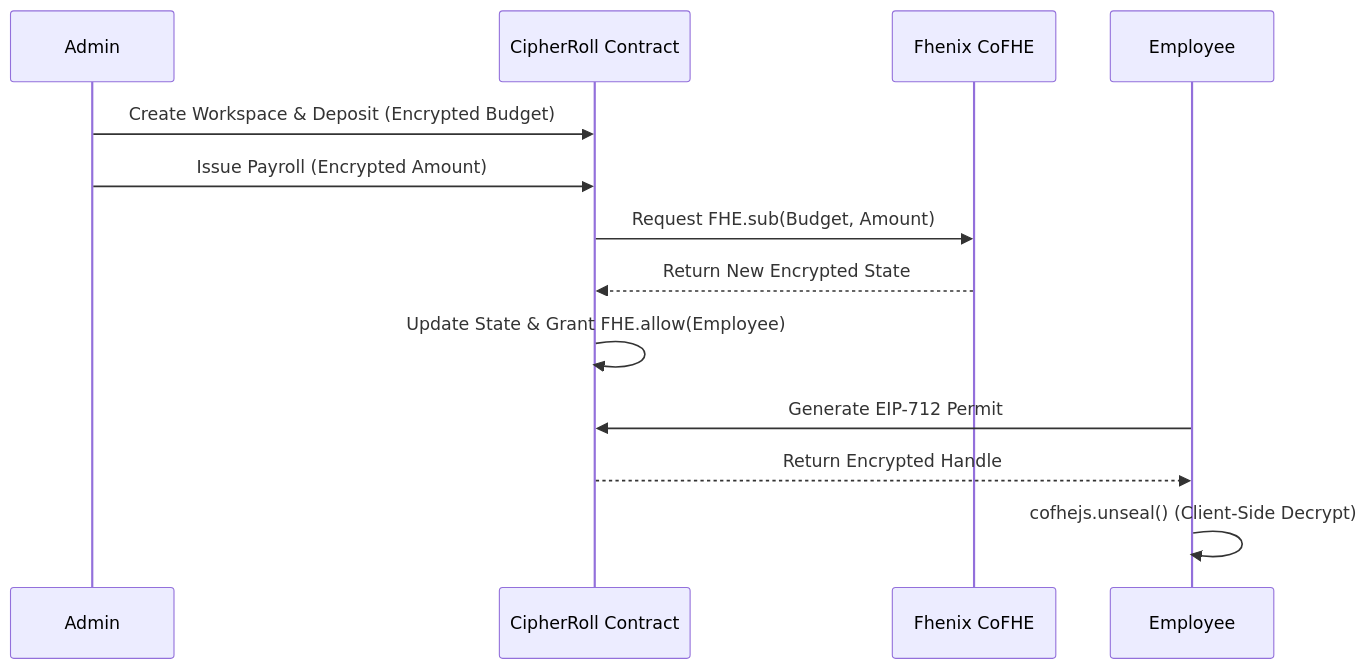
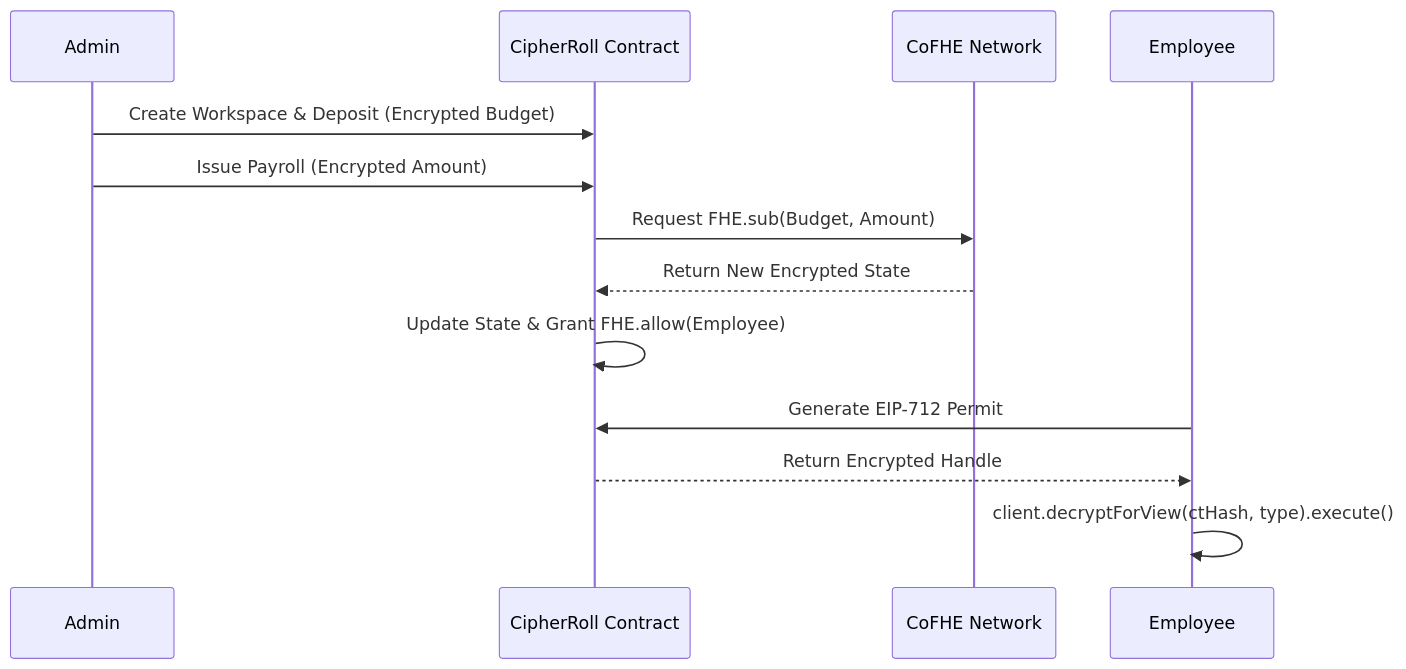
Before and after one commit to PhanTom497/CipherRoll: the diagram in README.md, drawn with Mermaid. The commit also changed other lines of this file and 42 other files, not shown here.

````diff
--- a/README.md
+++ b/README.md
@@ -30,16 +31,16 @@
 ```mermaid
 sequenceDiagram
     participant Admin
     participant CipherRoll Contract
-    participant Fhenix CoFHE
+    participant CoFHE Network
     participant Employee
     
     Admin->>CipherRoll Contract: Create Workspace & Deposit (Encrypted Budget)
     Admin->>CipherRoll Contract: Issue Payroll (Encrypted Amount)
-    CipherRoll Contract->>Fhenix CoFHE: Request FHE.sub(Budget, Amount)
-    Fhenix CoFHE-->>CipherRoll Contract: Return New Encrypted State
+    CipherRoll Contract->>CoFHE Network: Request FHE.sub(Budget, Amount)
+    CoFHE Network-->>CipherRoll Contract: Return New Encrypted State
     CipherRoll Contract->>CipherRoll Contract: Update State & Grant FHE.allow(Employee)
     Employee->>CipherRoll Contract: Generate EIP-712 Permit
     CipherRoll Contract-->>Employee: Return Encrypted Handle
-    Employee->>Employee: cofhejs.unseal() (Client-Side Decrypt)
+    Employee->>Employee: client.decryptForView(ctHash, type).execute()
 ```
````
